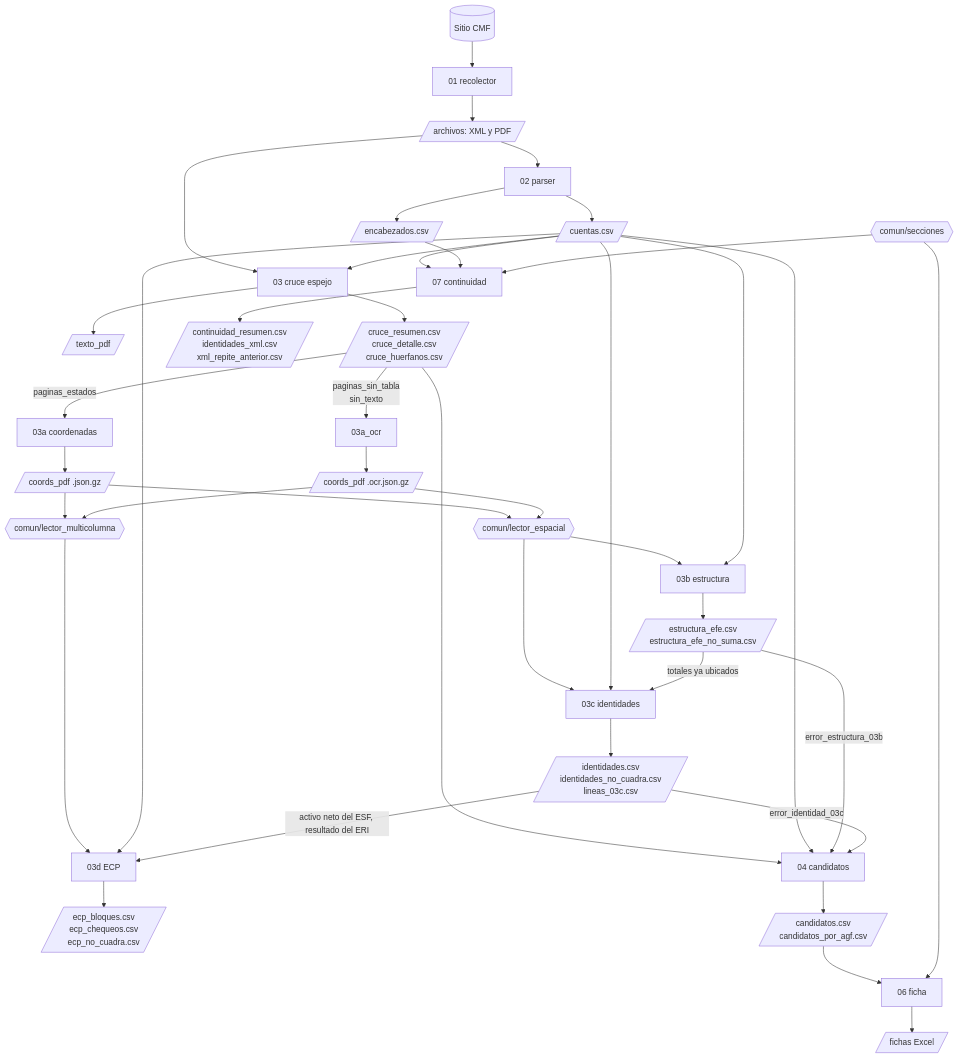
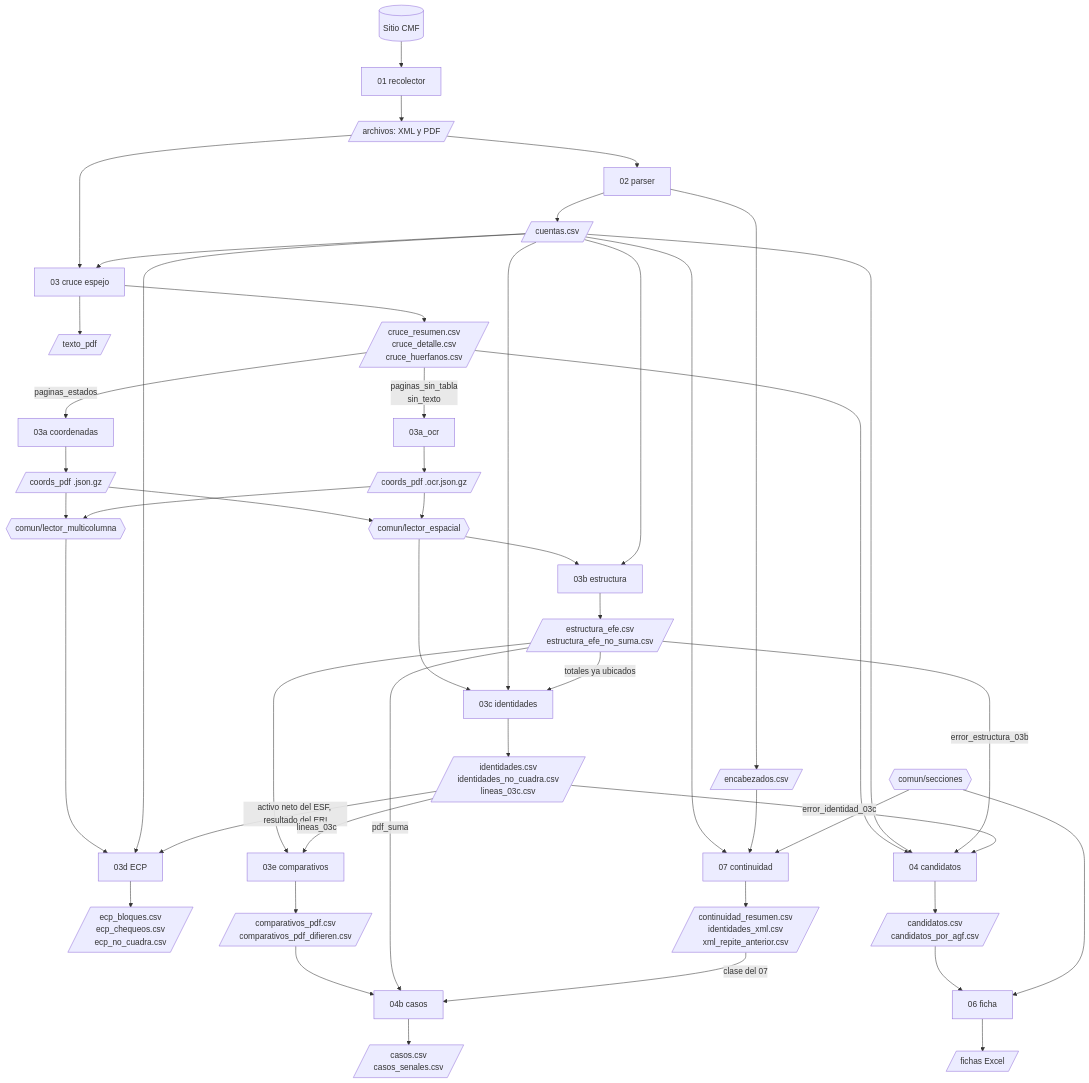
Before and after one commit to Nicovh-Analytics/cmf-eeff-consistencia: the diagram in docs/mapa.md, drawn with Mermaid. The commit also changed other lines of this file and 7 other files, not shown here.

Commit message:
03e comparativos PDF vs PDF, 04b casos (familia/nivel, lotes XML), regla del tramo en 03d

````diff
--- a/docs/mapa.md
+++ b/docs/mapa.md
@@ -7,50 +7,58 @@
 ```mermaid
 flowchart TB
     CMF[(Sitio CMF)] --> E01[01 recolector]
     E01 --> ARCH[/archivos: XML y PDF/]
 
     ARCH --> E02[02 parser]
     E02 --> ENC[/encabezados.csv/]
     E02 --> CTA[/cuentas.csv/]
 
     ARCH --> E03[03 cruce espejo]
     CTA --> E03
     E03 --> TXT[/texto_pdf/]
     E03 --> CRU[/cruce_resumen.csv<br>cruce_detalle.csv<br>cruce_huerfanos.csv/]
 
     CRU -->|paginas_estados| E03a[03a coordenadas]
     CRU -->|paginas_sin_tabla<br>sin_texto| E03o[03a_ocr]
     E03a --> COO[/coords_pdf .json.gz/]
     E03o --> OCR[/coords_pdf .ocr.json.gz/]
 
     COO --> LE{{comun/lector_espacial}}
     OCR --> LE
     LE --> E03b[03b estructura]
     LE --> E03c[03c identidades]
     CTA --> E03b
     CTA --> E03c
     E03b --> EST[/estructura_efe.csv<br>estructura_efe_no_suma.csv/]
     EST -->|totales ya ubicados| E03c
     E03c --> IDE[/identidades.csv<br>identidades_no_cuadra.csv<br>lineas_03c.csv/]
     COO --> LM{{comun/lector_multicolumna}}
     OCR --> LM
     LM --> E03d[03d ECP]
     CTA --> E03d
     IDE -->|activo neto del ESF, resultado del ERI| E03d
     E03d --> ECP[/ecp_bloques.csv<br>ecp_chequeos.csv<br>ecp_no_cuadra.csv/]
 
     CRU --> E04[04 candidatos]
     CTA --> E04
     EST -->|error_estructura_03b| E04
     IDE -->|error_identidad_03c| E04
     E04 --> CAN[/candidatos.csv<br>candidatos_por_agf.csv/]
 
     CTA --> E07[07 continuidad]
     ENC --> E07
     SEC{{comun/secciones}} --> E07
     E07 --> CON[/continuidad_resumen.csv<br>identidades_xml.csv<br>xml_repite_anterior.csv/]
 
+    EST --> E03e[03e comparativos]
+    IDE -->|lineas_03c| E03e
+    E03e --> CMP[/comparativos_pdf.csv<br>comparativos_pdf_difieren.csv/]
+    CMP --> E04b[04b casos]
+    EST -->|pdf_suma| E04b
+    CON -->|clase del 07| E04b
+    E04b --> CAS[/casos.csv<br>casos_senales.csv/]
+
     CAN --> E06[06 ficha]
     SEC --> E06
     E06 --> FIC[/fichas Excel/]
 ```
````
